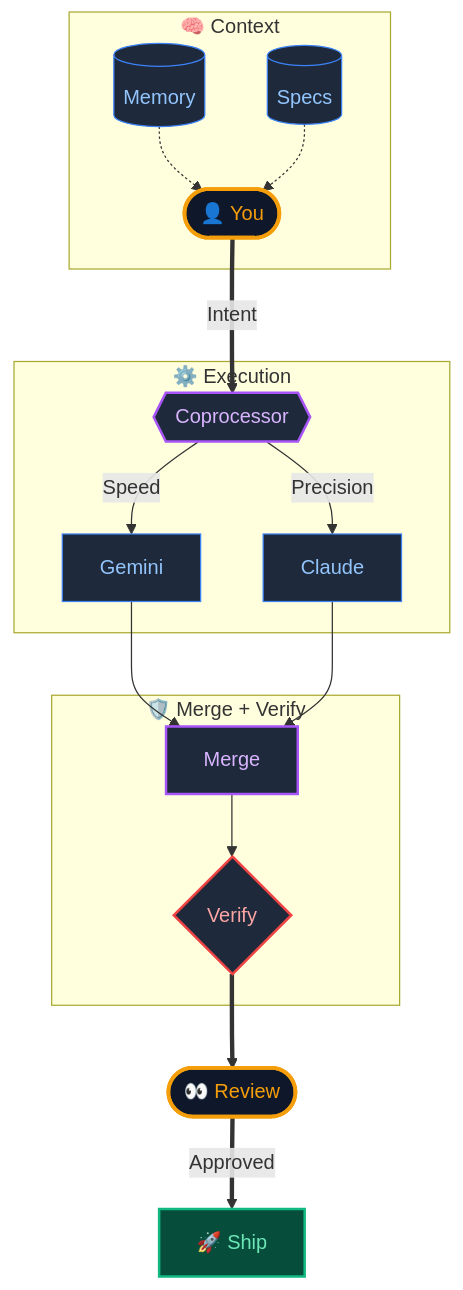
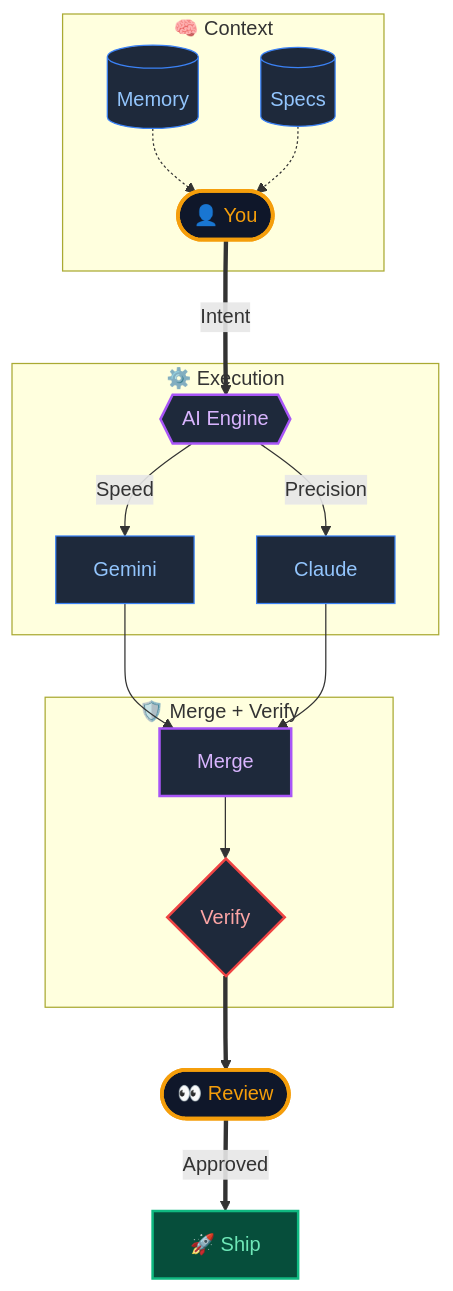
Before and after one commit to shifujosh/shifujosh: the diagram in README.md, drawn with Mermaid. The commit also changed other lines of this file, not shown here.

Commit message:
feat: Update portfolio assets (AI-Native Architect Revamp)

`````diff
--- a/README.md
+++ b/README.md
@@ -31,29 +25,29 @@
 ```mermaid
 graph TD
     classDef human fill:#0f172a,stroke:#f59e0b,stroke-width:3px,color:#f59e0b;
     classDef ai fill:#1e293b,stroke:#a855f7,stroke-width:2px,color:#d8b4fe;
     classDef work fill:#1e293b,stroke:#3b82f6,stroke-width:1px,color:#93c5fd;
     classDef check fill:#1e293b,stroke:#ef4444,stroke-width:2px,color:#fca5a5;
     classDef ship fill:#064e3b,stroke:#10b981,stroke-width:2px,color:#6ee7b7;
 
     subgraph Context ["🧠 Context"]
         Memory[(Memory)]:::work -.-> You
         Specs[(Specs)]:::work -.-> You
         You(["👤 You"]):::human
     end
 
-    You ==>|Intent| AI{{"Coprocessor"}}:::ai
+    You ==>|Intent| AI{{"AI Engine"}}:::ai
 
     subgraph Execution ["⚙️ Execution"]
         AI -->|Speed| Gemini["Gemini"]:::work
         AI -->|Precision| Claude["Claude"]:::work
     end
 
     subgraph Quality ["🛡️ Merge + Verify"]
         Gemini & Claude --> Merge["Merge"]:::ai
         Merge --> Check{"Verify"}:::check
     end
 
     Check ==> Review(["👀 Review"]):::human
     Review ==>|Approved| Ship["🚀 Ship"]:::ship
-````
+```
`````
